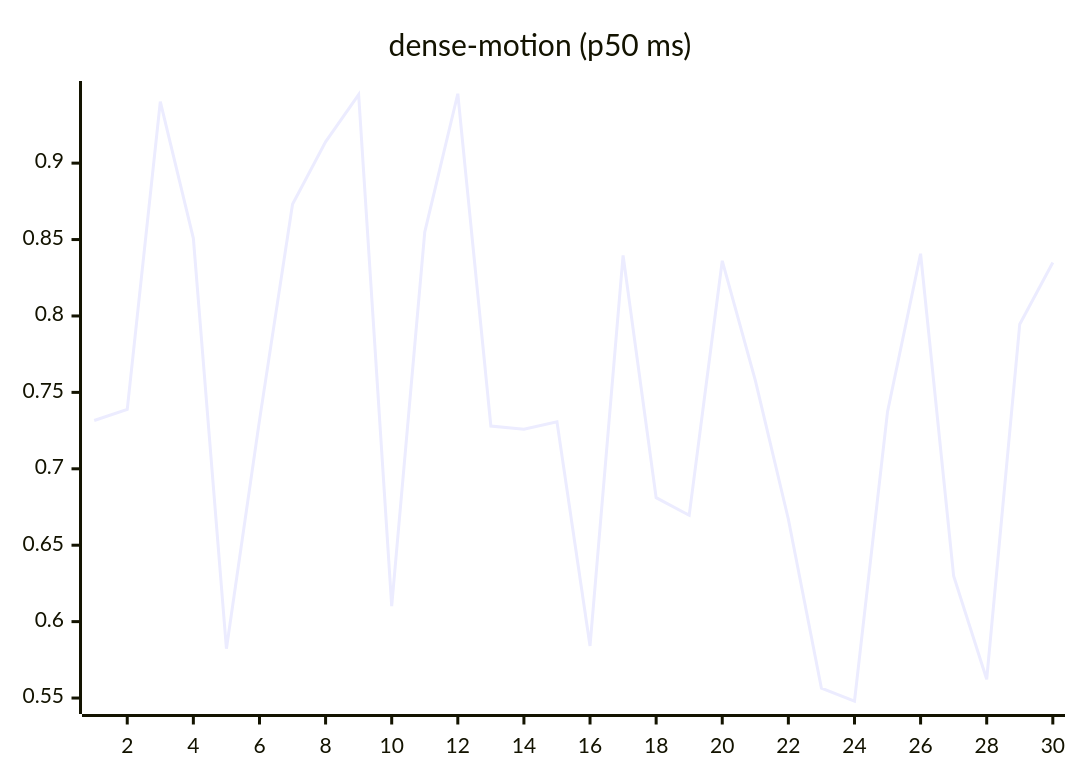
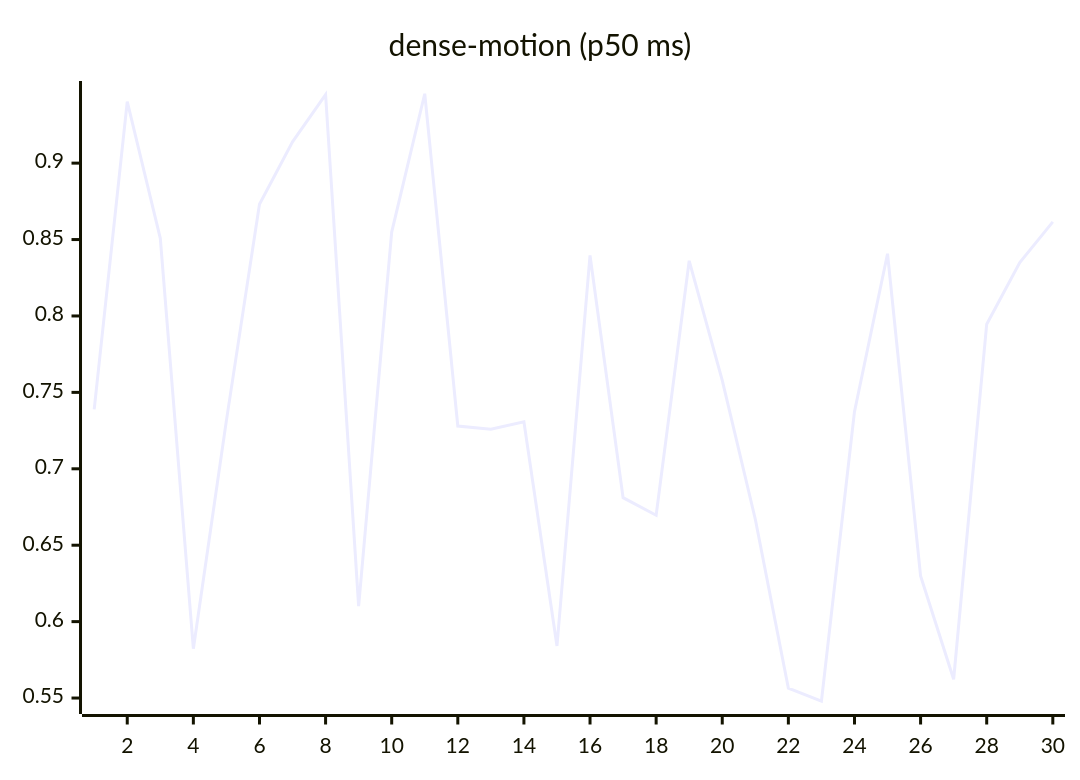
One commit to josha/Facet changed the ninth of 27 diagrams in README.md. Above: the diagram before and after it, drawn with Mermaid. The commit also changed other lines of this file and 2 other files, not shown here.

````diff
--- a/README.md
+++ b/README.md
@@ -119,6 +119,6 @@
 ```mermaid
 xychart-beta
     title "dense-motion (p50 ms)"
     x-axis 1 --> 30
-    line [0.7316, 0.7389, 0.9402, 0.8508, 0.5823, 0.7317, 0.8731, 0.9139, 0.9448, 0.6101, 0.8549, 0.9454, 0.7280, 0.7259, 0.7307, 0.5841, 0.8396, 0.6811, 0.6696, 0.8361, 0.7579, 0.6670, 0.5564, 0.5479, 0.7374, 0.8407, 0.6299, 0.5623, 0.7946, 0.8350]
+    line [0.7389, 0.9402, 0.8508, 0.5823, 0.7317, 0.8731, 0.9139, 0.9448, 0.6101, 0.8549, 0.9454, 0.7280, 0.7259, 0.7307, 0.5841, 0.8396, 0.6811, 0.6696, 0.8361, 0.7579, 0.6670, 0.5564, 0.5479, 0.7374, 0.8407, 0.6299, 0.5623, 0.7946, 0.8350, 0.8616]
 ```
````
